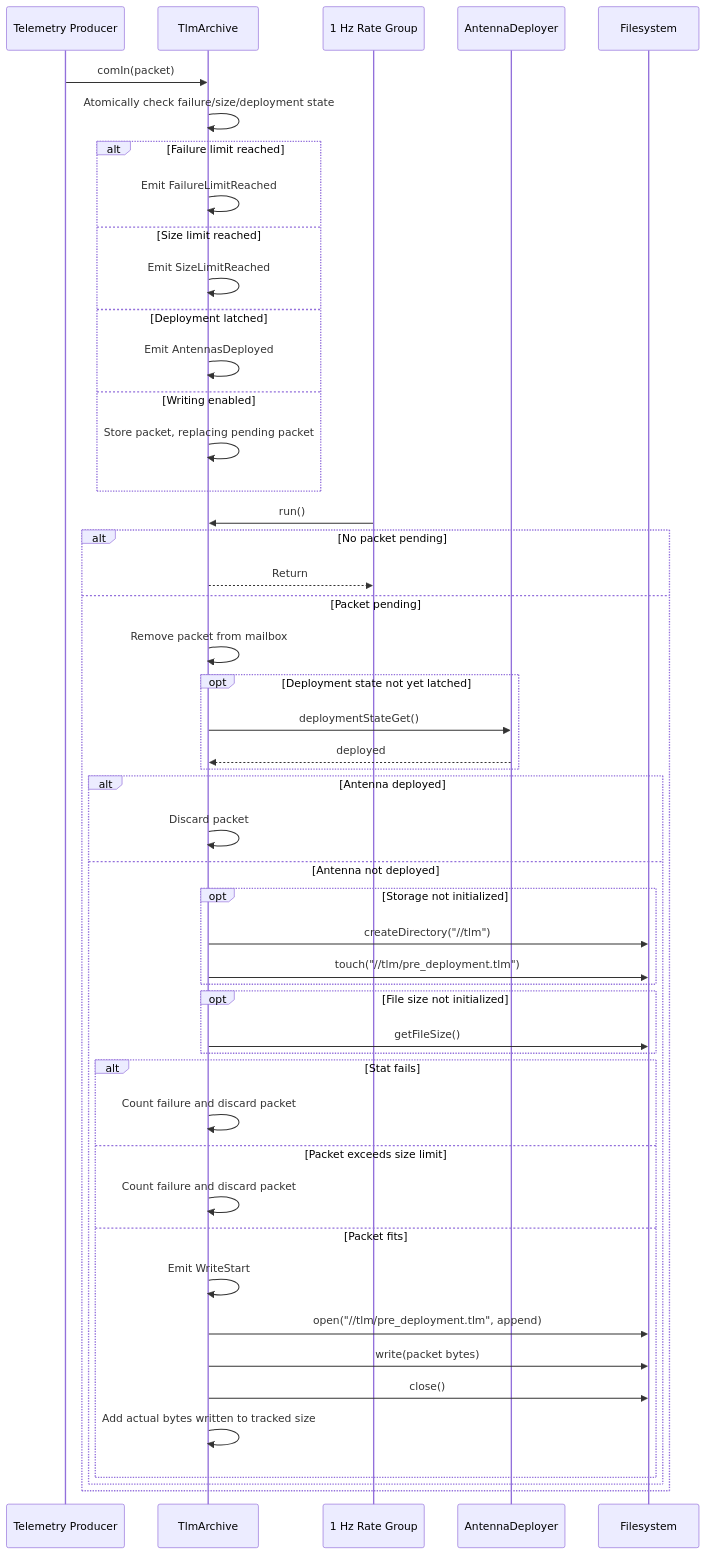
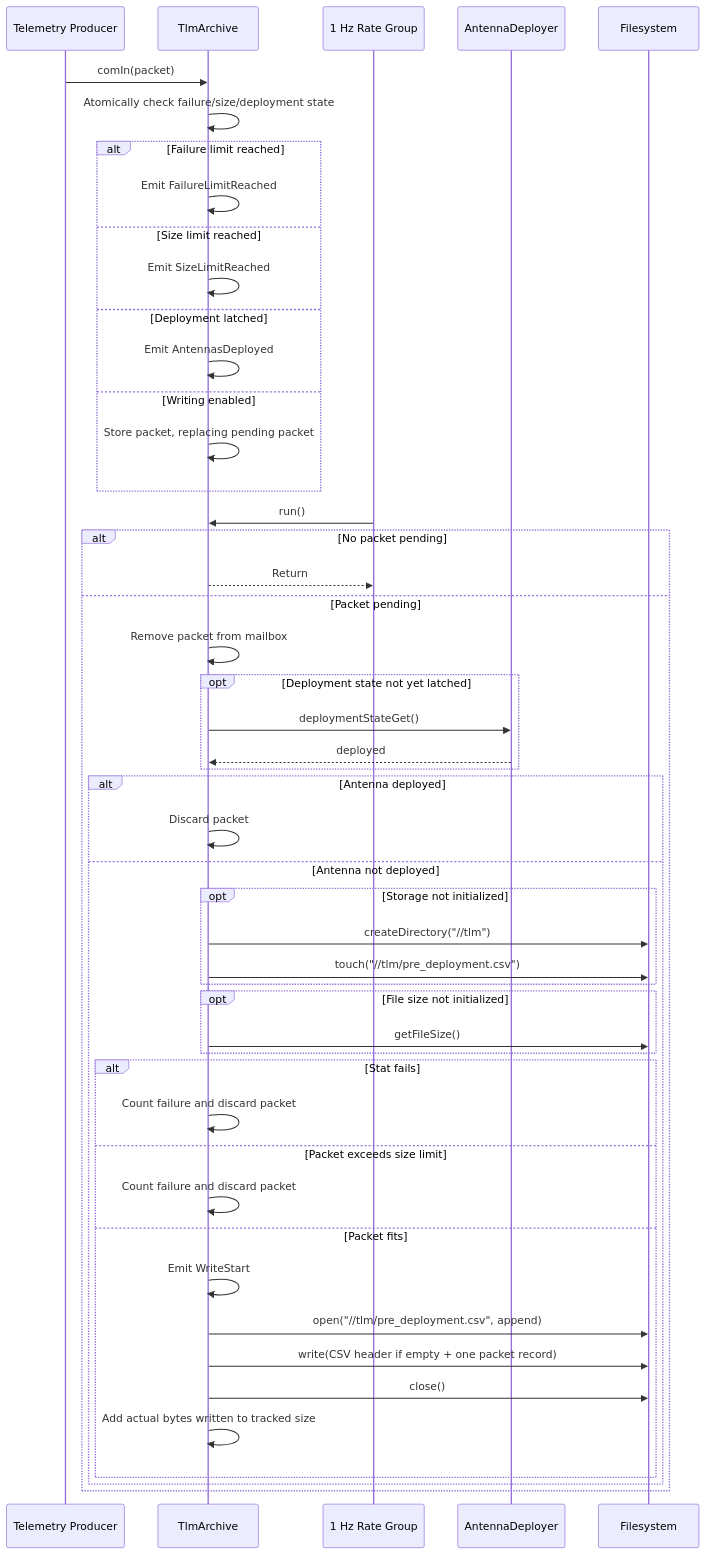
One commit to Open-Source-Space-Foundation/proves-core-reference changed the second of 2 diagrams in PROVESFlightControllerReference/Components/TlmArchive/docs/sdd.md. Above: the diagram before and after it, drawn with Mermaid. The commit also changed other lines of this file and 5 other files, not shown here.

````diff
--- a/PROVESFlightControllerReference/Components/TlmArchive/docs/sdd.md
+++ b/PROVESFlightControllerReference/Components/TlmArchive/docs/sdd.md
@@ -169,53 +185,53 @@
 ```mermaid
 sequenceDiagram
     participant Producer as Telemetry Producer
     participant Archive as TlmArchive
     participant Rate as 1 Hz Rate Group
     participant Deploy as AntennaDeployer
     participant FS as Filesystem
 
     Producer->>Archive: comIn(packet)
     Archive->>Archive: Atomically check failure/size/deployment state
     alt Failure limit reached
         Archive->>Archive: Emit FailureLimitReached
     else Size limit reached
         Archive->>Archive: Emit SizeLimitReached
     else Deployment latched
         Archive->>Archive: Emit AntennasDeployed
     else Writing enabled
         Archive->>Archive: Store packet, replacing pending packet
     end
 
     Rate->>Archive: run()
     alt No packet pending
         Archive-->>Rate: Return
     else Packet pending
         Archive->>Archive: Remove packet from mailbox
         opt Deployment state not yet latched
             Archive->>Deploy: deploymentStateGet()
             Deploy-->>Archive: deployed
         end
         alt Antenna deployed
             Archive->>Archive: Discard packet
         else Antenna not deployed
             opt Storage not initialized
                 Archive->>FS: createDirectory("//tlm")
-                Archive->>FS: touch("//tlm/pre_deployment.tlm")
+                Archive->>FS: touch("//tlm/pre_deployment.csv")
             end
             opt File size not initialized
                 Archive->>FS: getFileSize()
             end
             alt Stat fails
                 Archive->>Archive: Count failure and discard packet
             else Packet exceeds size limit
                 Archive->>Archive: Count failure and discard packet
             else Packet fits
                 Archive->>Archive: Emit WriteStart
-                Archive->>FS: open("//tlm/pre_deployment.tlm", append)
-                Archive->>FS: write(packet bytes)
+                Archive->>FS: open("//tlm/pre_deployment.csv", append)
+                Archive->>FS: write(CSV header if empty + one packet record)
                 Archive->>FS: close()
                 Archive->>Archive: Add actual bytes written to tracked size
             end
         end
     end
 ```
````
